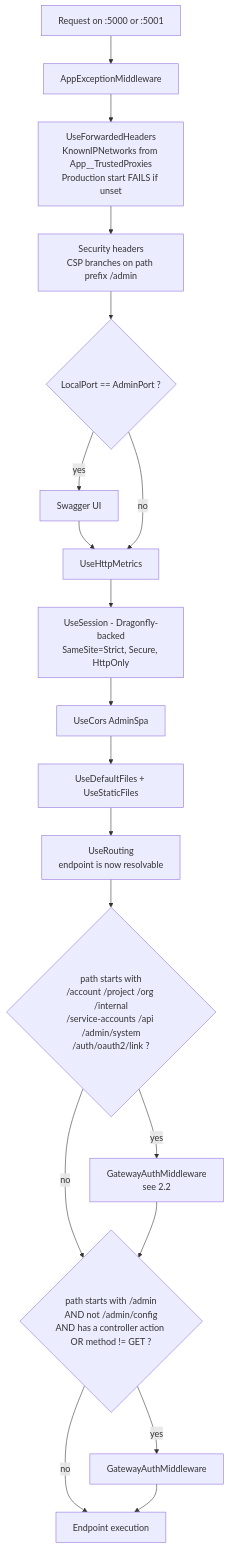
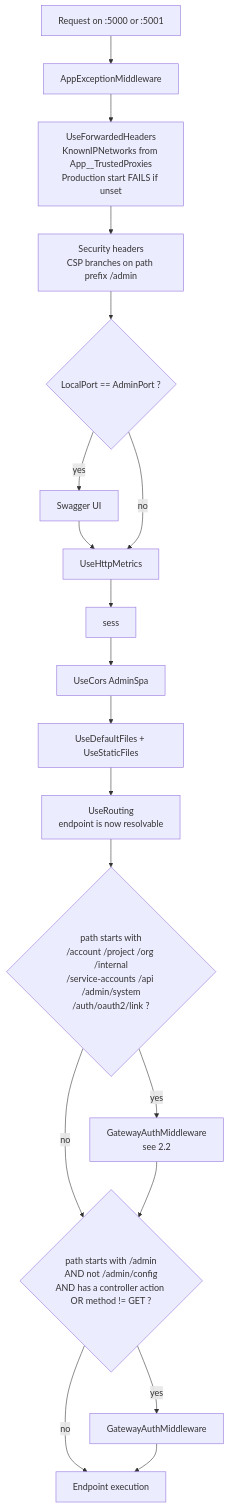
Before and after one commit to GuillaumeCariou/RediensIAM: the fifth of 27 diagrams in docs/DIAGRAMS.md, drawn with Mermaid. The commit also changed other lines of this file and 93 other files, not shown here.

````diff
--- a/docs/DIAGRAMS.md
+++ b/docs/DIAGRAMS.md
@@ -216,30 +207,29 @@
 ```mermaid
 flowchart TD
     req["Request on :5000 or :5001"]
     exc["AppExceptionMiddleware"]
     fwd["UseForwardedHeaders<br/>KnownIPNetworks from App__TrustedProxies<br/>Production start FAILS if unset"]
     hdr["Security headers<br/>CSP branches on path prefix /admin"]
     swag{"LocalPort == AdminPort ?"}
     swagui["Swagger UI"]
     met["UseHttpMetrics"]
-    sess["UseSession - Dragonfly-backed<br/>SameSite=Strict, Secure, HttpOnly"]
     cors["UseCors AdminSpa"]
     stat["UseDefaultFiles + UseStaticFiles"]
     route["UseRouting<br/>endpoint is now resolvable"]
 
     g1{"path starts with<br/>/account /project /org /internal<br/>/service-accounts /api /admin/system<br/>/auth/oauth2/link ?"}
     g2{"path starts with /admin<br/>AND not /admin/config<br/>AND has a controller action OR method != GET ?"}
     gw["GatewayAuthMiddleware<br/>see 2.2"]
     ep["Endpoint execution"]
 
     req --> exc --> fwd --> hdr --> swag
     swag -->|"yes"| swagui --> met
     swag -->|"no"| met
     met --> sess --> cors --> stat --> route --> g1
     g1 -->|"yes"| gw
     g1 -->|"no"| g2
     gw --> g2
     g2 -->|"yes"| gw2["GatewayAuthMiddleware"]
     g2 -->|"no"| ep
     gw2 --> ep
 ```
````
